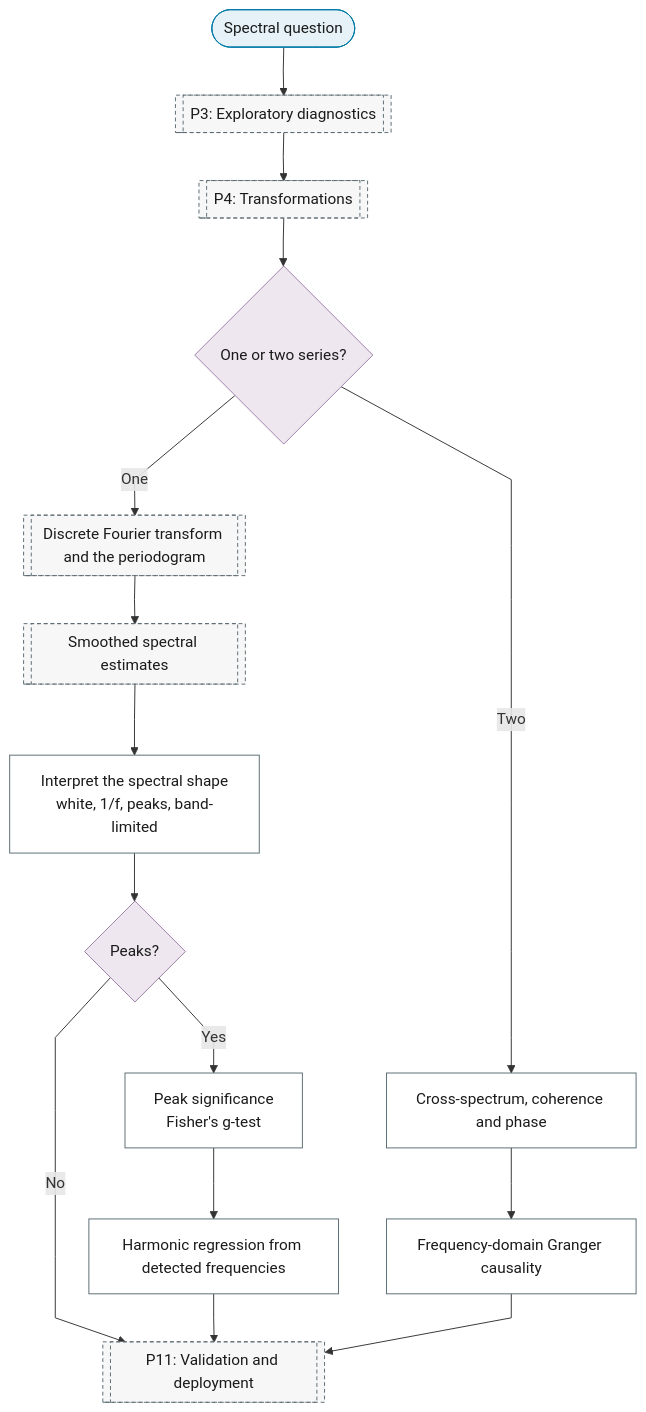
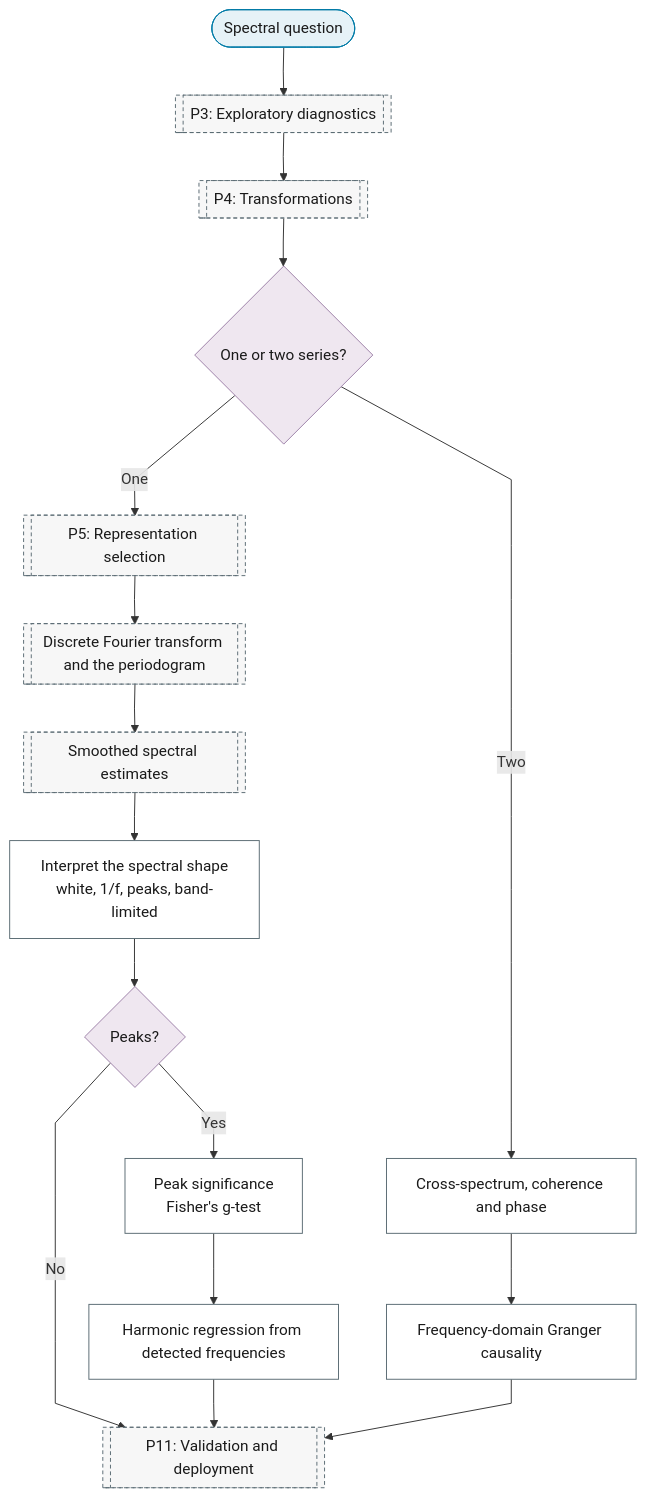
The diagram in docs/01-workflow/p02-purpose/08-spectral-analysis.md (Shuxin-Y/time-series-analysis-manual), drawn with Mermaid before and after one commit. The commit also changed 12 other files, not shown here.

First line of the commit message:
fix(flowchart): purpose charts index the spine in phase order (rev1 M3)

````diff
--- a/docs/01-workflow/p02-purpose/08-spectral-analysis.md
+++ b/docs/01-workflow/p02-purpose/08-spectral-analysis.md
@@ -7,29 +7,30 @@
 ```mermaid
 %%{init: {"flowchart": {"curve": "linear"}}}%%
 graph TD
     P2_SP_IN(["Spectral question"]) --> P3[["P3: Exploratory diagnostics"]]
     P3 --> P4[["P4: Transformations"]]
     P4 --> P2_SP_SERIES{"One or two series?"}
-    P2_SP_SERIES -->|"One"| P5_FD_DFT[["Discrete Fourier transform and the periodogram"]]
+    P2_SP_SERIES -->|"One"| P5[["P5: Representation selection"]]
     P2_SP_SERIES -->|"Two"| P2_SP_CROSS_SPECTRUM["Cross-spectrum, coherence and phase"]
+    P5 --> P5_FD_DFT[["Discrete Fourier transform and the periodogram"]]
     P5_FD_DFT --> P5_FD_SMOOTHED[["Smoothed spectral estimates"]]
     P5_FD_SMOOTHED --> P2_SP_SPECTRAL_SHAPE["Interpret the spectral shape<br/>white, 1/f, peaks, band-limited"]
     P2_SP_SPECTRAL_SHAPE --> P2_SP_PEAKS{"Peaks?"}
     P2_SP_PEAKS -->|"Yes"| P2_SP_PEAK_SIGNIFICANCE["Peak significance<br/>Fisher's g-test"]
     P2_SP_PEAKS -->|"No"| P11
     P2_SP_PEAK_SIGNIFICANCE --> P2_SP_HARMONIC_REGRESSION["Harmonic regression from detected frequencies"]
     P2_SP_CROSS_SPECTRUM --> P2_SP_FREQ_GRANGER["Frequency-domain Granger causality"]
     P2_SP_HARMONIC_REGRESSION & P2_SP_FREQ_GRANGER --> P11[["P11: Validation and deployment"]]
     class P2_SP_IN terminator
     class P2_SP_SERIES,P2_SP_PEAKS decision
     class P2_SP_CROSS_SPECTRUM,P2_SP_SPECTRAL_SHAPE,P2_SP_PEAK_SIGNIFICANCE,P2_SP_HARMONIC_REGRESSION,P2_SP_FREQ_GRANGER process
-    class P3,P4,P5_FD_DFT,P5_FD_SMOOTHED,P11 ref
+    class P3,P4,P5,P5_FD_DFT,P5_FD_SMOOTHED,P11 ref
     classDef terminator fill:#E6F2F7,stroke:#007BA7,color:#1A1A1A;
     classDef process fill:#FFFFFF,stroke:#5A6B73,color:#1A1A1A;
     classDef decision fill:#EFE7F0,stroke:#9B7FA7,color:#1A1A1A;
     classDef data fill:#FFF4E0,stroke:#C9A55E,color:#1A1A1A;
     classDef good fill:#DCEFD8,stroke:#4A7A3F,color:#1A1A1A;
     classDef escalate fill:#FFE9C2,stroke:#C9A55E,color:#1A1A1A;
     classDef problem fill:#F2D9DE,stroke:#800020,color:#1A1A1A;
     classDef ref fill:#F7F7F7,stroke:#5A6B73,color:#1A1A1A,stroke-dasharray:4 3;
 ```
````
